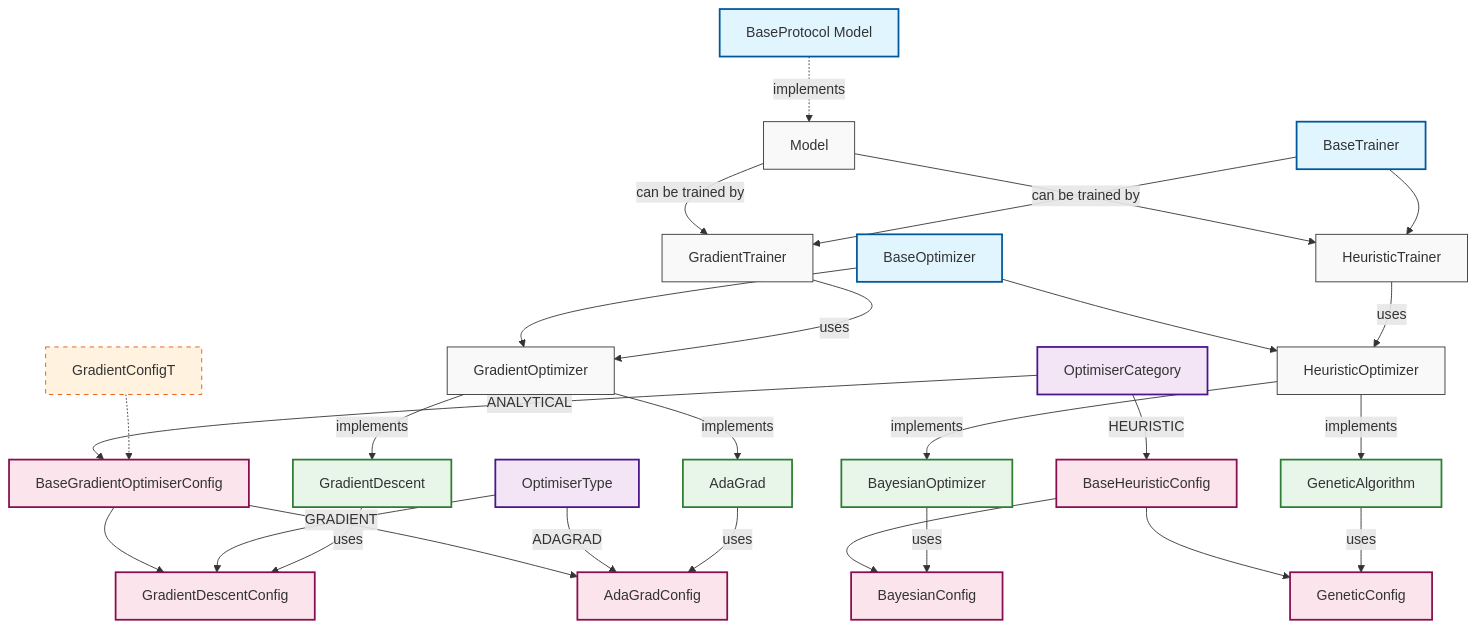
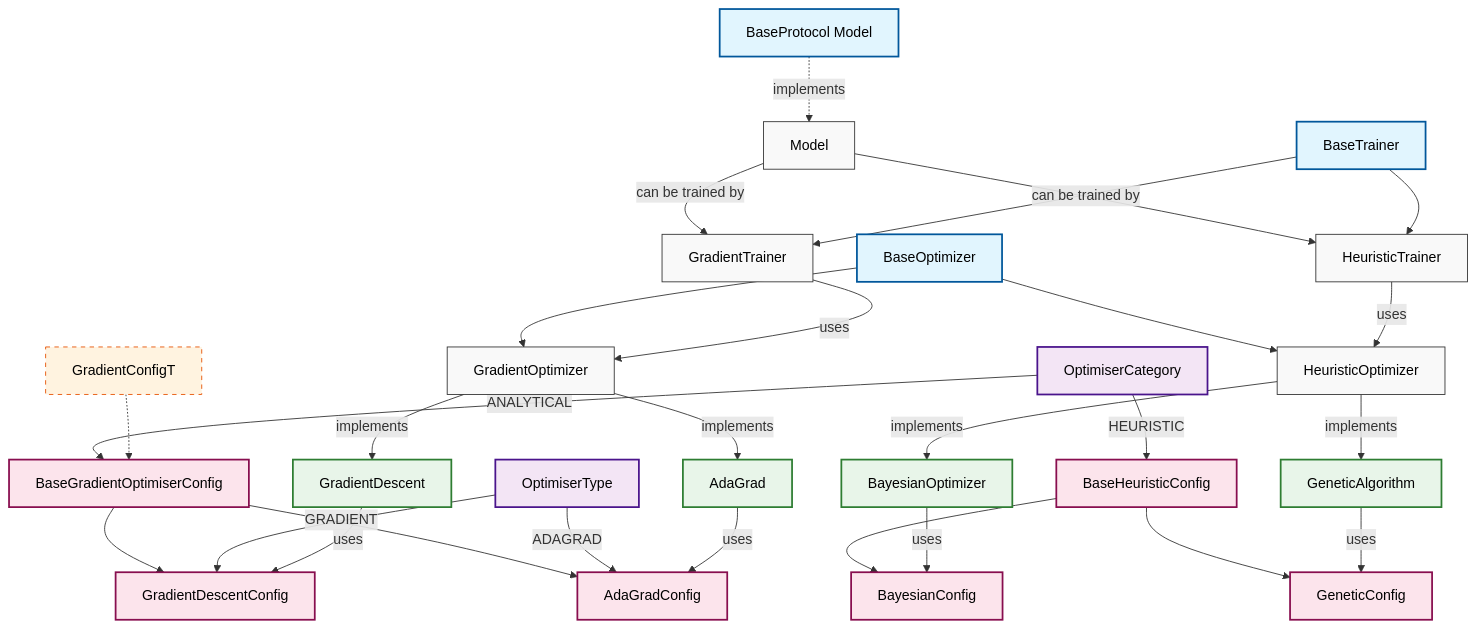
One commit to siddarthanath/omniai changed the diagram in docs/architecture.md. Above: the diagram before and after it, drawn with Mermaid.

````diff
--- a/docs/architecture.md
+++ b/docs/architecture.md
@@ -7,56 +7,56 @@
 ```mermaid
 graph TD
     %% Base Classes and Protocols
     BP[BaseProtocol Model] -.-> |implements| M[Model]
     M --> |can be trained by| GT[GradientTrainer]
     M --> |can be trained by| HT[HeuristicTrainer]
     
     %% Trainers
     BT[BaseTrainer] --> GT
     BT --> HT
     
     %% Optimizers
     BO[BaseOptimizer] --> GO[GradientOptimizer]
     BO --> HO[HeuristicOptimizer]
     GO --> |implements| GD[GradientDescent]
     GO --> |implements| AG[AdaGrad]
     HO --> |implements| BO1[BayesianOptimizer]
     HO --> |implements| GA[GeneticAlgorithm]
     
     %% Configs
     BGC[BaseGradientOptimiserConfig] --> GDC[GradientDescentConfig]
     BGC --> AGC[AdaGradConfig]
     BHC[BaseHeuristicConfig] --> BAC[BayesianConfig]
     BHC --> GAC[GeneticConfig]
     
     %% Enums for categorization
     OC[OptimiserCategory] --> |ANALYTICAL| BGC
     OC --> |HEURISTIC| BHC
     OT[OptimiserType] --> |GRADIENT| GDC
     OT --> |ADAGRAD| AGC
     
     %% TypeVars
     GCT[GradientConfigT] -.-> BGC
     
     %% Connections between Components
     GT --> |uses| GO
     HT --> |uses| HO
     GD --> |uses| GDC
     AG --> |uses| AGC
     BO1 --> |uses| BAC
     GA --> |uses| GAC
-
+    
     %% Styling
-    classDef default fill:#f9f9f9,stroke:#333,stroke-width:1px
-    classDef base fill:#e1f5fe,stroke:#01579b,stroke-width:2px
-    classDef implement fill:#e8f5e9,stroke:#2e7d32,stroke-width:2px
-    classDef config fill:#fce4ec,stroke:#880e4f,stroke-width:2px
-    classDef enum fill:#f3e5f5,stroke:#4a148c,stroke-width:2px
-    classDef typevar fill:#fff3e0,stroke:#e65100,stroke-width:1px,stroke-dasharray: 5 5
+    classDef default fill:#f9f9f9,stroke:#333,stroke-width:1px,color:#000
+    classDef base fill:#e1f5fe,stroke:#01579b,stroke-width:2px,color:#000
+    classDef implement fill:#e8f5e9,stroke:#2e7d32,stroke-width:2px,color:#000
+    classDef config fill:#fce4ec,stroke:#880e4f,stroke-width:2px,color:#000
+    classDef enum fill:#f3e5f5,stroke:#4a148c,stroke-width:2px,color:#000
+    classDef typevar fill:#fff3e0,stroke:#e65100,stroke-width:1px,stroke-dasharray: 5 5,color:#000
     
     class BP,BT,BO base
     class GD,AG,BO1,GA implement
     class BGC,BHC,GDC,AGC,BAC,GAC config
     class OC,OT enum
     class GCT typevar
 ```
````
